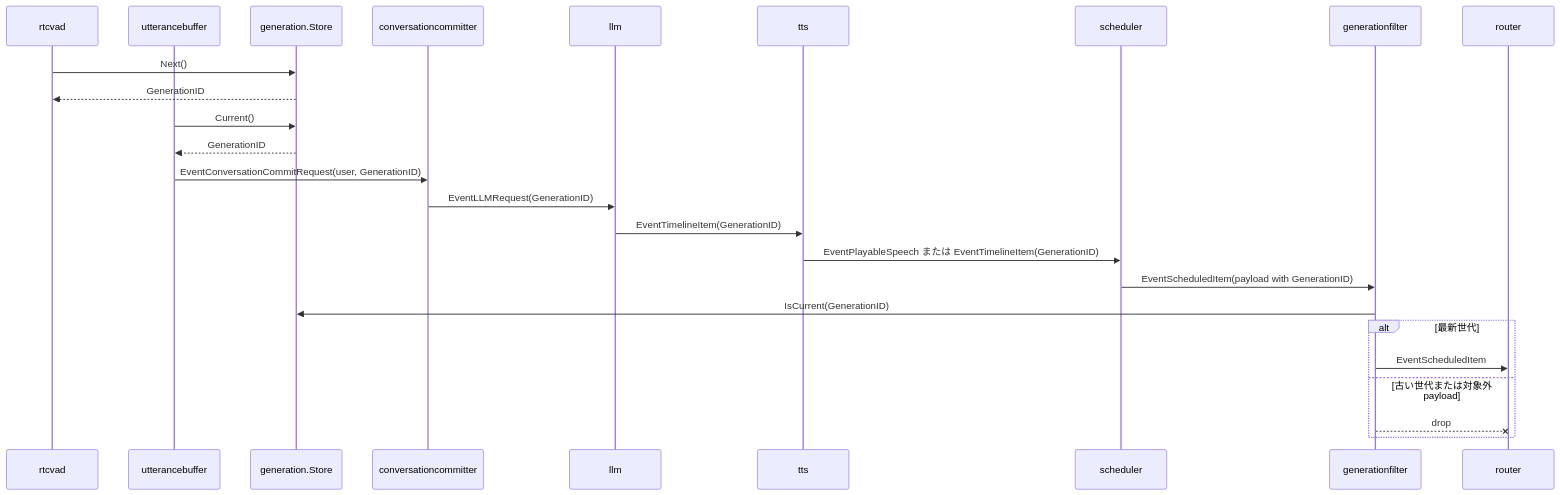
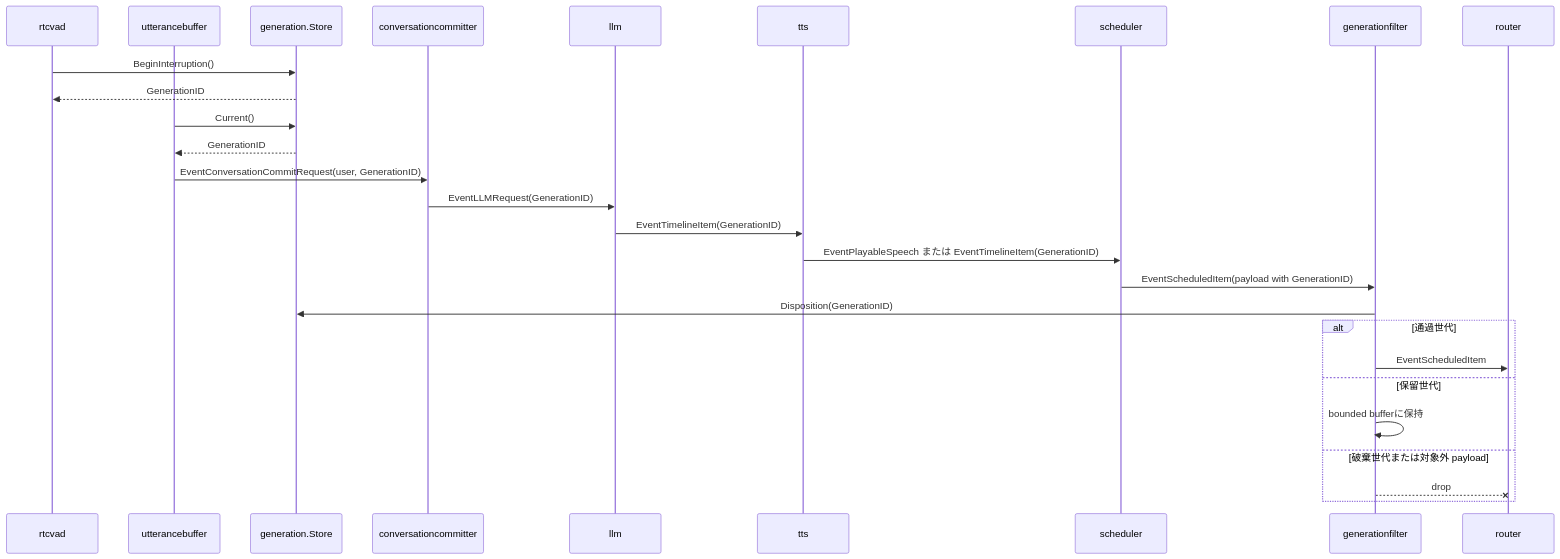
The first of 2 diagrams in docs/components/generationfilter.md (tetetratra/smart-speaker), drawn with Mermaid before and after one commit. The commit also changed other lines of this file and 6 other files, not shown here.

Commit message:
docs: update VAD interruption flow

````diff
--- a/docs/components/generationfilter.md
+++ b/docs/components/generationfilter.md
@@ -51,28 +55,30 @@
 ```mermaid
 sequenceDiagram
     participant V as rtcvad
     participant U as utterancebuffer
     participant G as generation.Store
     participant C as conversationcommitter
     participant L as llm
     participant T as tts
     participant S as scheduler
     participant F as generationfilter
     participant R as router
 
-    V->>G: Next()
+    V->>G: BeginInterruption()
     G-->>V: GenerationID
     U->>G: Current()
     G-->>U: GenerationID
     U->>C: EventConversationCommitRequest(user, GenerationID)
     C->>L: EventLLMRequest(GenerationID)
     L->>T: EventTimelineItem(GenerationID)
     T->>S: EventPlayableSpeech または EventTimelineItem(GenerationID)
     S->>F: EventScheduledItem(payload with GenerationID)
-    F->>G: IsCurrent(GenerationID)
-    alt 最新世代
+    F->>G: Disposition(GenerationID)
+    alt 通過世代
         F->>R: EventScheduledItem
-    else 古い世代または対象外 payload
+    else 保留世代
+        F->>F: bounded bufferに保持
+    else 破棄世代または対象外 payload
         F--xR: drop
     end
 ```
````
